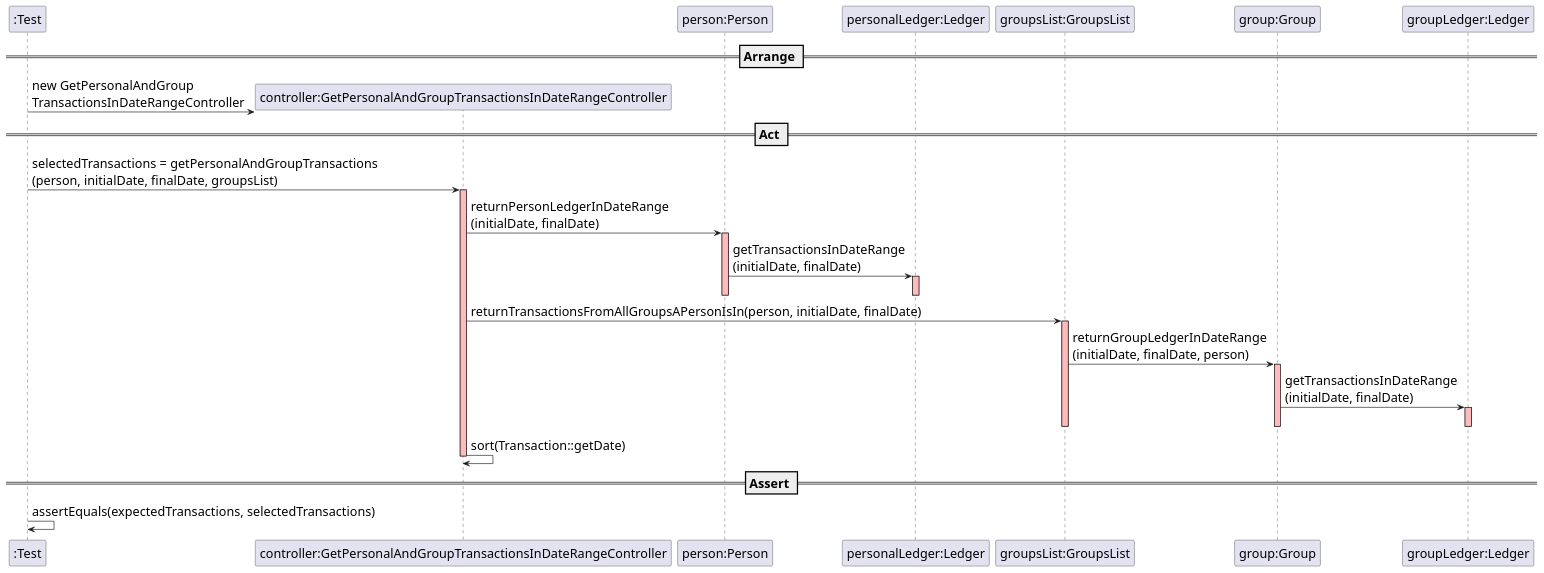
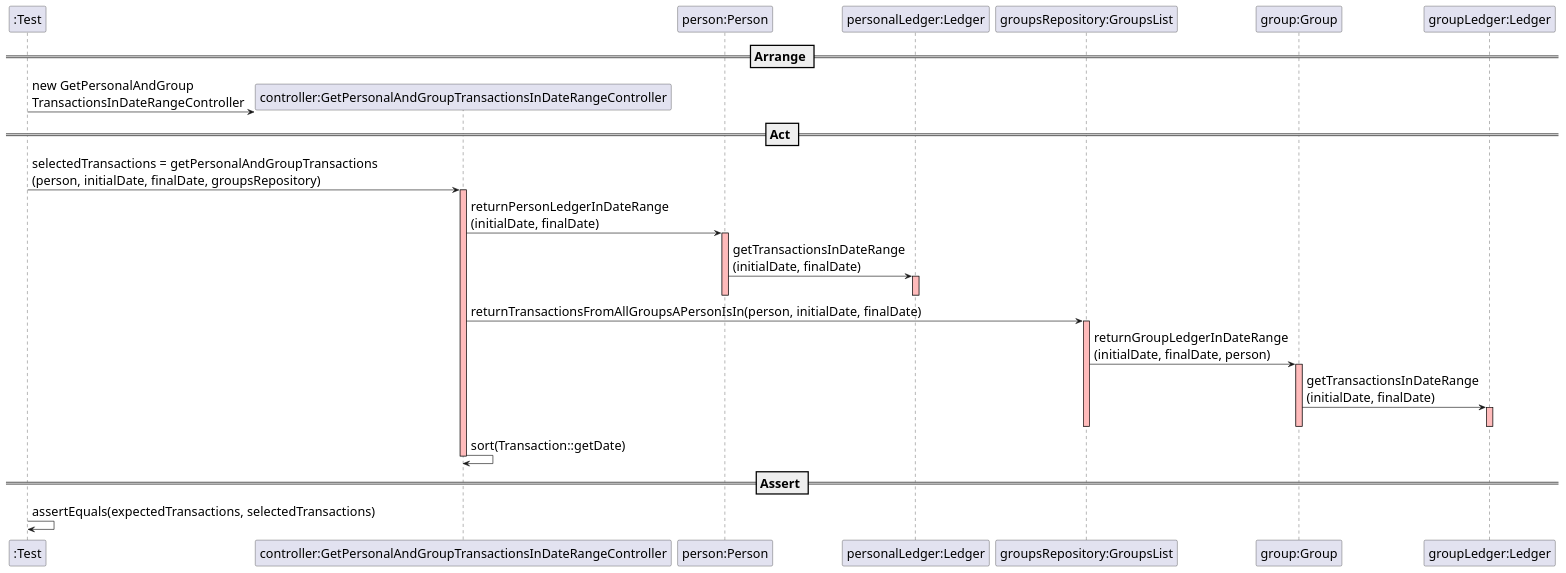
The diagram in src/main/java/switch2019/project/controllers/GetPersonalAndGroupTransactionsControllerSD.puml (mleitaoribeiro/DevOpsMaven), drawn with PlantUML before and after one commit. The commit also changed 29 other files, not shown here.

Commit message:
fix #569: Sprint 3 - DDD Refactoring - Create GroupRepository - renamed GroupsList to GroupsRepository Package

```diff
--- a/src/main/java/switch2019/project/controllers/GetPersonalAndGroupTransactionsControllerSD.puml
+++ b/src/main/java/switch2019/project/controllers/GetPersonalAndGroupTransactionsControllerSD.puml
@@ -1,46 +1,46 @@
  @startuml
 skinparam DefaultFontSize 20
 participant ":Test"
 
 == Arrange ==
 
 create "controller:GetPersonalAndGroupTransactionsInDateRangeController"
 ":Test" -> "controller:GetPersonalAndGroupTransactionsInDateRangeController" : new GetPersonalAndGroup\nTransactionsInDateRangeController
 
 participant "person:Person"
 participant "personalLedger:Ledger"
-participant "groupsList:GroupsList"
+participant "groupsRepository:GroupsList"
 participant "group:Group"
 participant "groupLedger:Ledger"
 == Act ==
 
-":Test" -> "controller:GetPersonalAndGroupTransactionsInDateRangeController" : selectedTransactions = getPersonalAndGroupTransactions\n(person, initialDate, finalDate, groupsList)
+":Test" -> "controller:GetPersonalAndGroupTransactionsInDateRangeController" : selectedTransactions = getPersonalAndGroupTransactions\n(person, initialDate, finalDate, groupsRepository)
 activate "controller:GetPersonalAndGroupTransactionsInDateRangeController" #FFBBBB
 
 "controller:GetPersonalAndGroupTransactionsInDateRangeController" -> "person:Person" : returnPersonLedgerInDateRange\n(initialDate, finalDate)
 activate "person:Person" #FFBBBB
 "person:Person" -> "personalLedger:Ledger" : getTransactionsInDateRange\n(initialDate, finalDate)
 activate "personalLedger:Ledger" #FFBBBB
 
 deactivate "personalLedger:Ledger" #FFBBBB
 deactivate "person:Person"
 
-"controller:GetPersonalAndGroupTransactionsInDateRangeController" -> "groupsList:GroupsList" : returnTransactionsFromAllGroupsAPersonIsIn(person, initialDate, finalDate)
-activate "groupsList:GroupsList" #FFBBBB
-"groupsList:GroupsList" -> "group:Group" : returnGroupLedgerInDateRange\n(initialDate, finalDate, person)
+"controller:GetPersonalAndGroupTransactionsInDateRangeController" -> "groupsRepository:GroupsList" : returnTransactionsFromAllGroupsAPersonIsIn(person, initialDate, finalDate)
+activate "groupsRepository:GroupsList" #FFBBBB
+"groupsRepository:GroupsList" -> "group:Group" : returnGroupLedgerInDateRange\n(initialDate, finalDate, person)
 activate "group:Group" #FFBBBB
 "group:Group" -> "groupLedger:Ledger" : getTransactionsInDateRange\n(initialDate, finalDate)
 activate "groupLedger:Ledger" #FFBBBB
 
 deactivate "groupLedger:Ledger" #FFBBBB
 deactivate "group:Group"
-deactivate "groupsList:GroupsList"
+deactivate "groupsRepository:GroupsList"
 
 "controller:GetPersonalAndGroupTransactionsInDateRangeController" -> "controller:GetPersonalAndGroupTransactionsInDateRangeController": sort(Transaction::getDate)
 deactivate "controller:GetPersonalAndGroupTransactionsInDateRangeController" #FFBBBB
 
 == Assert ==
 
 ":Test" -> ":Test" : assertEquals(expectedTransactions, selectedTransactions)
 
 @enduml
```
